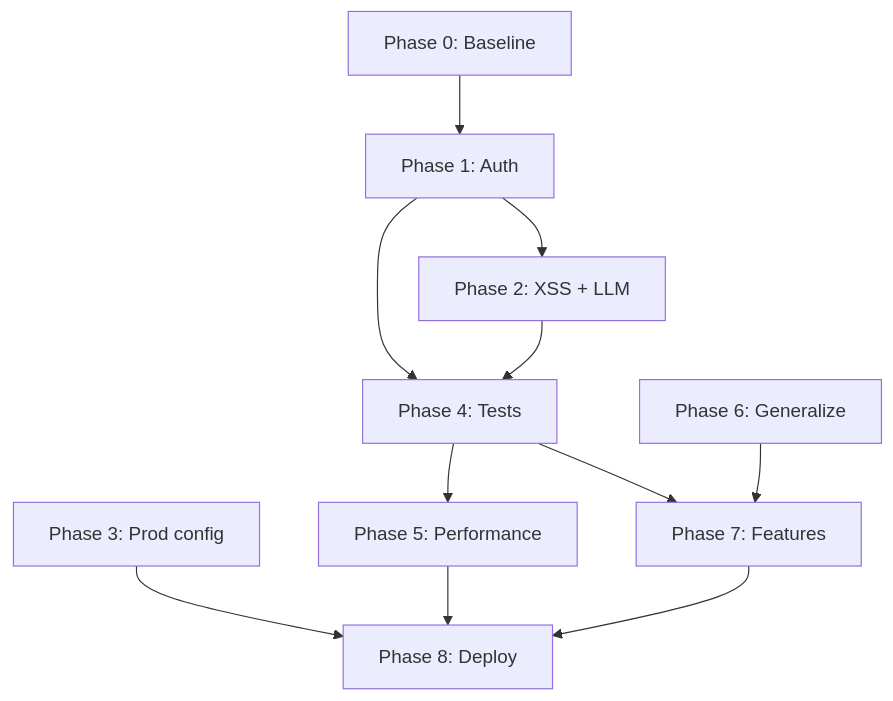
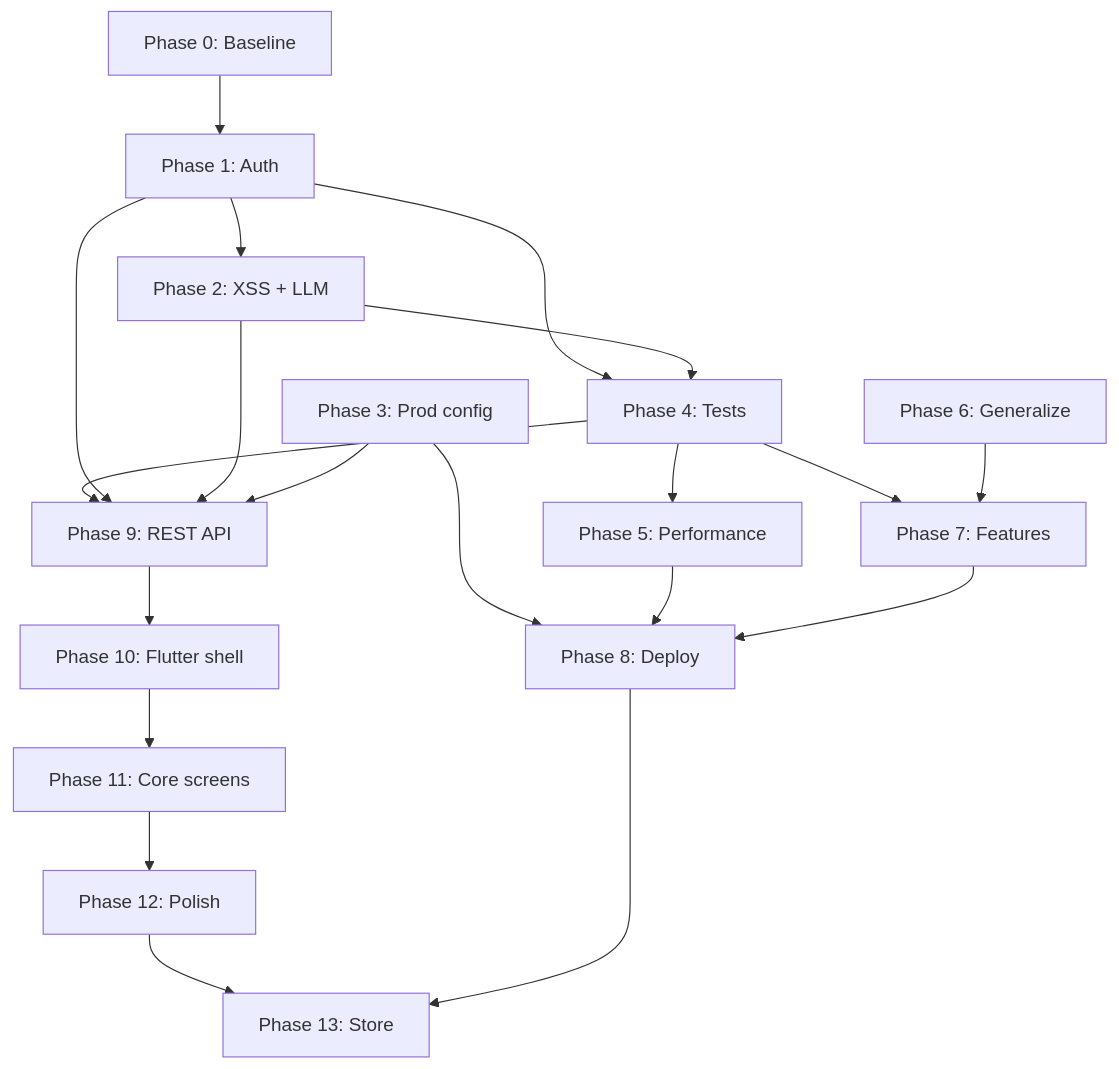
One commit to jay-sadiq/custom-projects changed the diagram in plan/ROADMAP.md. Above: the diagram before and after it, drawn with Mermaid. The commit also changed other lines of this file and 1 other file, not shown here.

First line of the commit message:
docs: Add Flutter companion mobile plan and integrate into roadmap.

````diff
--- a/plan/ROADMAP.md
+++ b/plan/ROADMAP.md
@@ -412,13 +467,22 @@
 ```mermaid
 flowchart TD
     P0[Phase 0: Baseline] --> P1[Phase 1: Auth]
     P1 --> P2[Phase 2: XSS + LLM]
     P1 --> P4[Phase 4: Tests]
     P2 --> P4
     P3[Phase 3: Prod config] --> P8[Phase 8: Deploy]
     P4 --> P5[Phase 5: Performance]
     P4 --> P7[Phase 7: Features]
+    P4 --> P9[Phase 9: REST API]
+    P1 --> P9
+    P2 --> P9
+    P3 --> P9
     P6[Phase 6: Generalize] --> P7
     P5 --> P8
     P7 --> P8
+    P9 --> P10[Phase 10: Flutter shell]
+    P10 --> P11[Phase 11: Core screens]
+    P11 --> P12[Phase 12: Polish]
+    P12 --> P13[Phase 13: Store]
+    P8 --> P13
 ```
````
